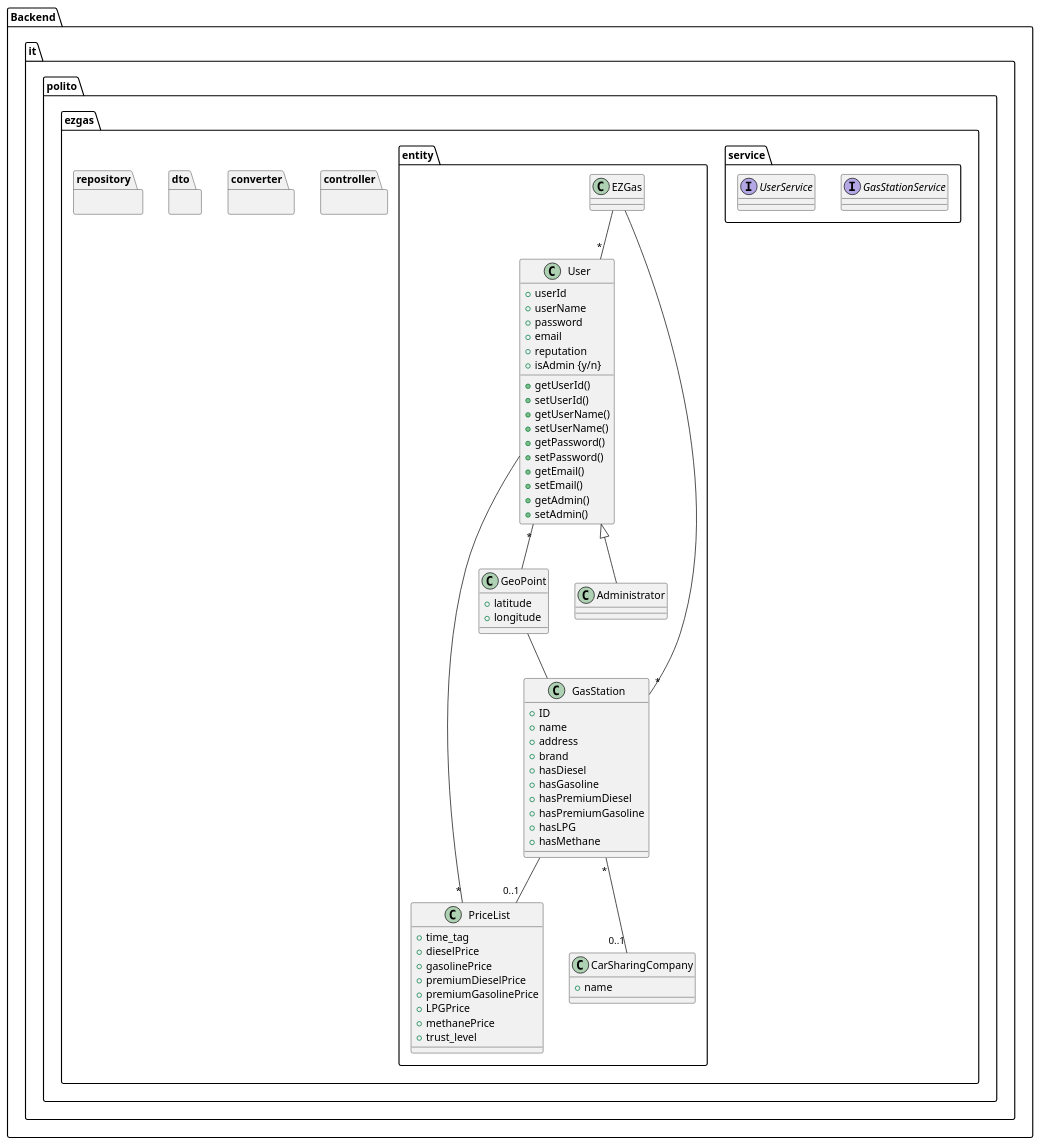
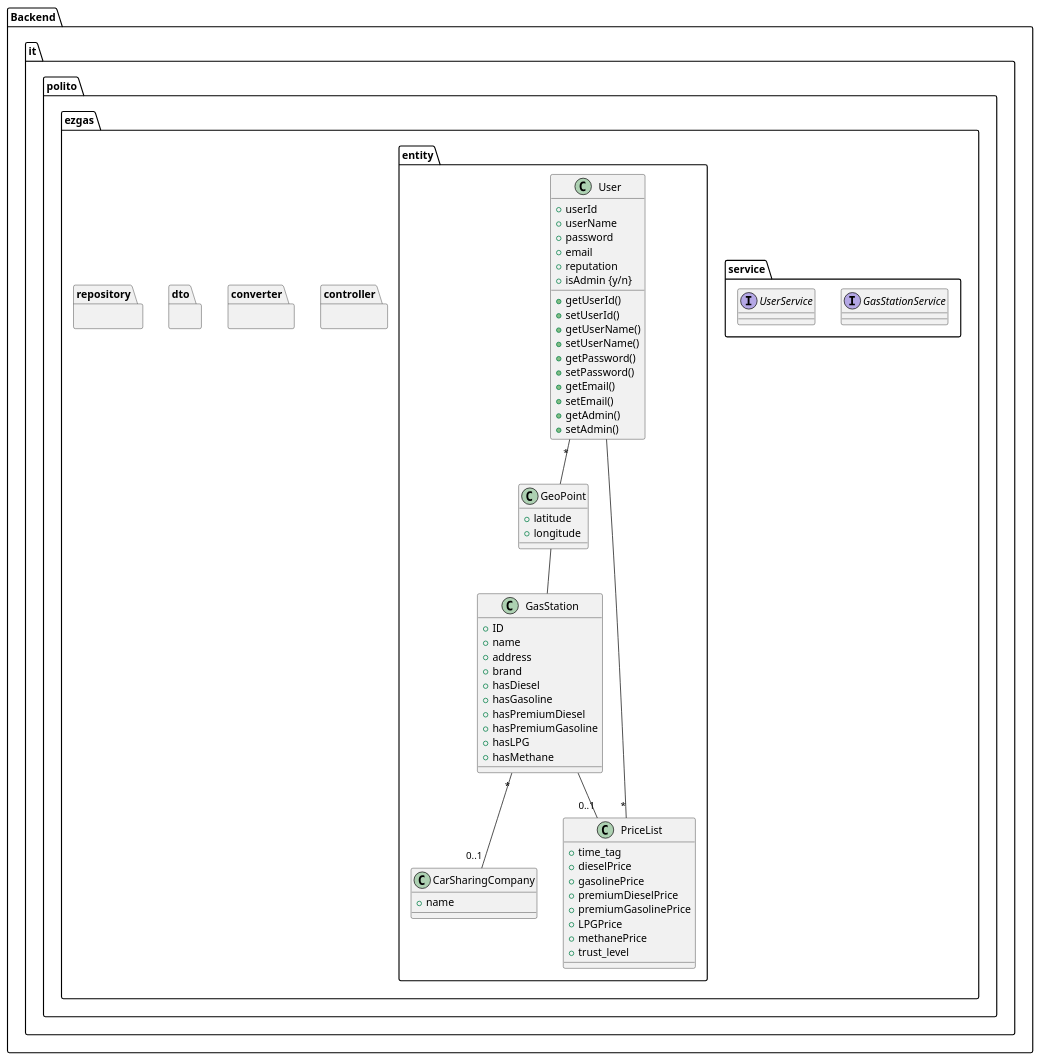
One commit to e-caste/SoftEng-EZGas changed the fourth of 4 diagrams in docs/DesignDocument.md. Above: the diagram before and after it, drawn with PlantUML.

Commit message:
remove EZGas and Administrator classes

```diff
--- a/docs/DesignDocument.md
+++ b/docs/DesignDocument.md
@@ -262,10 +262,6 @@
             + setAdmin()
         }
         
-        class Administrator {
-        
-        }
-        
         class GasStation {
          + ID
          + name
@@ -299,9 +295,6 @@
          + trust_level
         }
 
-        Administrator -up-|> User
-        EZGas -- "*" User
-        EZGas -- "*" GasStation
         GasStation "*" -- "0..1" CarSharingCompany
         GasStation  -- "0..1" PriceList
         User -- "*" PriceList
```
